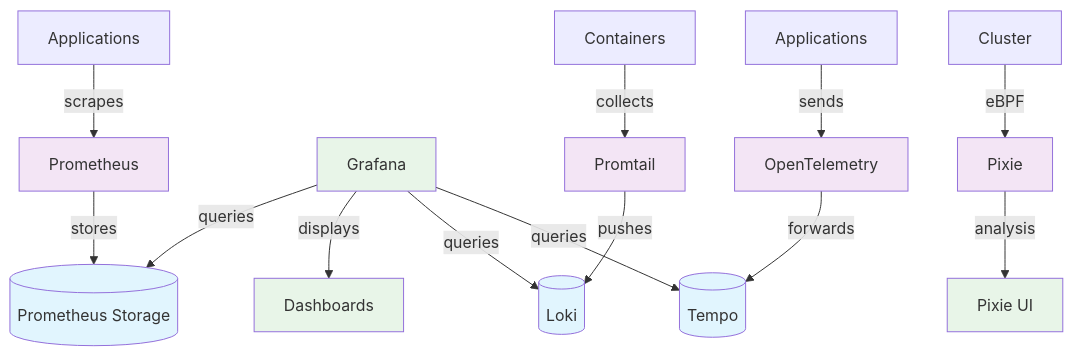
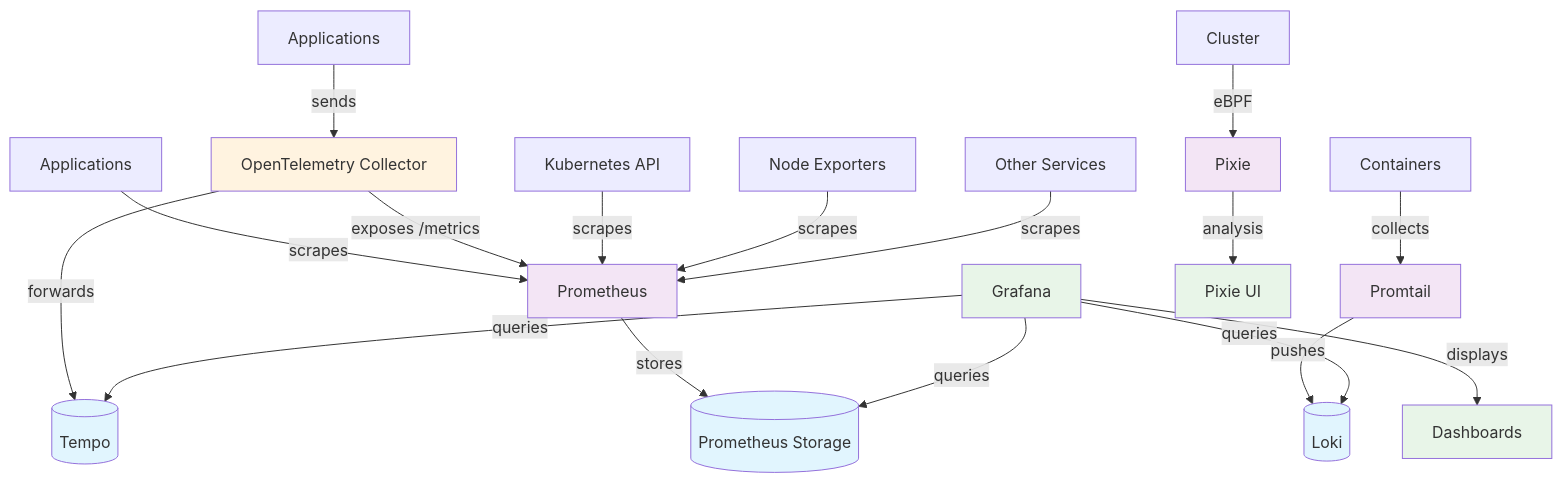
One commit to mu-majid/aws-k8s-platform-blueprint changed the diagram in README.md. Above: the diagram before and after it, drawn with Mermaid. The commit also changed other lines of this file and 3 other files, not shown here.

````diff
--- a/README.md
+++ b/README.md
@@ -252,31 +288,41 @@
 ```mermaid
 graph TD
     %% Metrics Flow
     A[Applications] -->|scrapes| B[Prometheus]
     B -->|stores| B1[(Prometheus Storage)]
     C[Grafana] -->|queries| B1
     C -->|displays| D[Dashboards]
     
     %% Logs Flow
     E[Containers] -->|collects| F[Promtail]
     F -->|pushes| G[(Loki)]
     C -->|queries| G
     
     %% Traces Flow
-    H[Applications] -->|sends| I[OpenTelemetry]
+    H[Applications] -->|sends| I[OpenTelemetry Collector]
     I -->|forwards| J[(Tempo)]
     C -->|queries| J
+    
+    %% OTel Self-Monitoring
+    I -->|exposes /metrics| B
     
     %% Pixie Flow
     K[Cluster] -->|eBPF| L[Pixie]
     L -->|analysis| M[Pixie UI]
     
+    %% Additional monitoring targets
+    N[Kubernetes API] -->|scrapes| B
+    O[Node Exporters] -->|scrapes| B
+    P[Other Services] -->|scrapes| B
+    
     %% Styling
     classDef storage fill:#e1f5fe
     classDef collector fill:#f3e5f5
     classDef ui fill:#e8f5e8
+    classDef selfmon fill:#fff3e0
     
     class B1,G,J storage
     class B,F,I,L collector
     class C,D,M ui
+    class I selfmon
 ```
````
